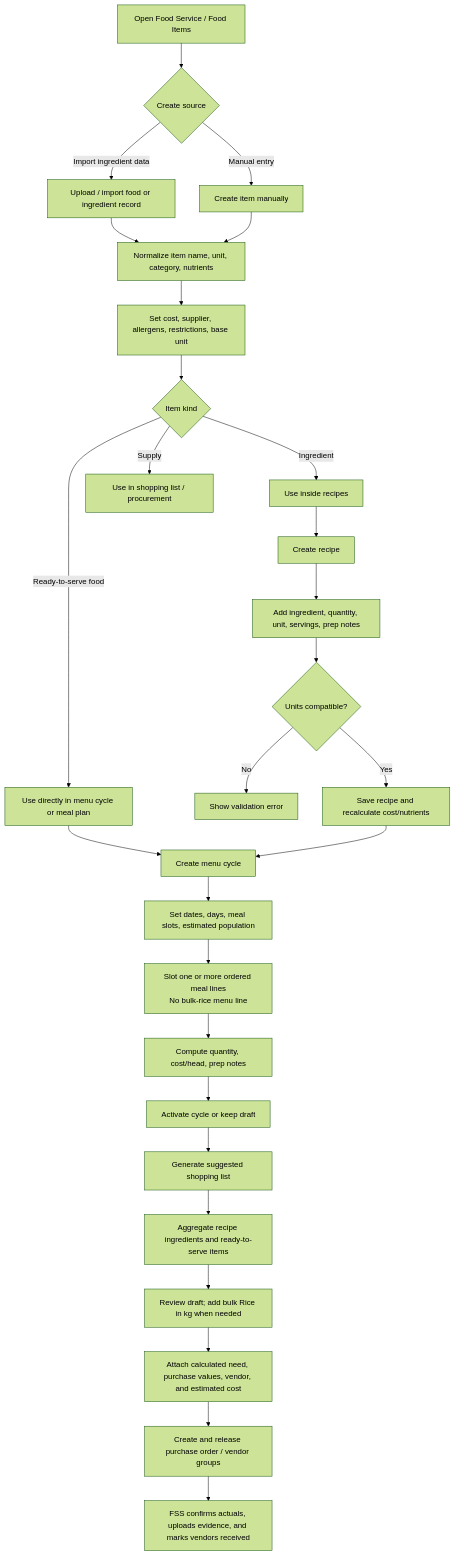
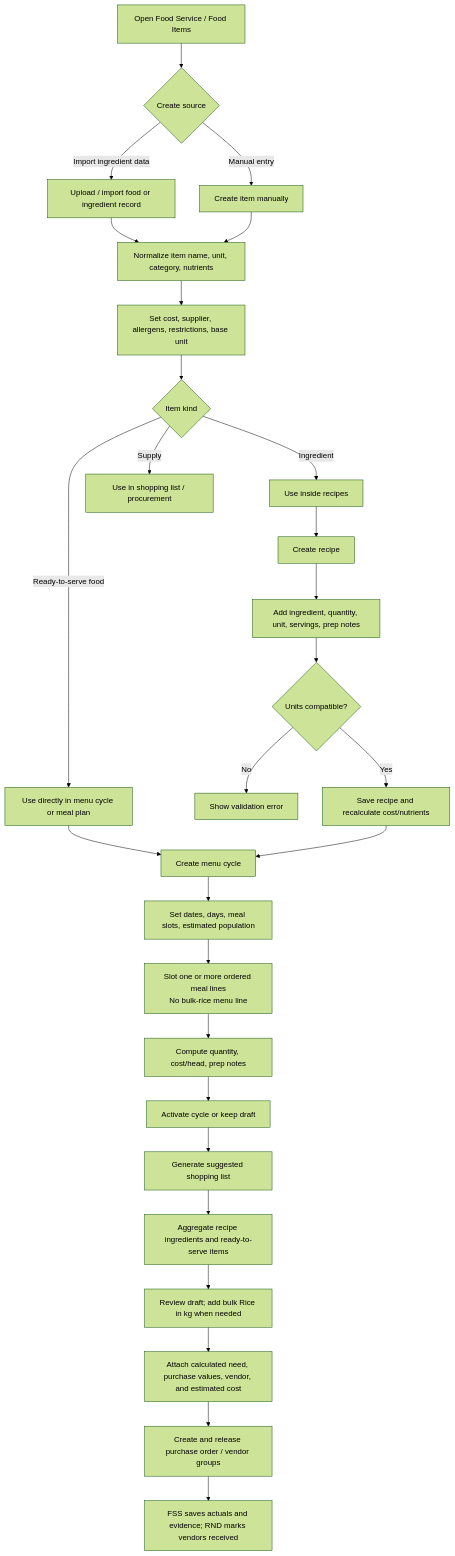
The first of 9 diagrams in docs/module-workflow-flowchart.md (ja2gc/Nutriscope), drawn with Mermaid (forest theme) before and after one commit. The commit also changed other lines of this file and 7 other files, not shown here.

````diff
--- a/docs/module-workflow-flowchart.md
+++ b/docs/module-workflow-flowchart.md
@@ -21,34 +21,34 @@
 ```mermaid
 flowchart TD
     A["Open Food Service / Food Items"] --> B{"Create source"}
     B -->|"Import ingredient data"| C["Upload / import food or ingredient record"]
     B -->|"Manual entry"| D["Create item manually"]
 
     C --> E["Normalize item name, unit, category, nutrients"]
     D --> E
     E --> F["Set cost, supplier, allergens, restrictions, base unit"]
     F --> G{"Item kind"}
     G -->|"Ingredient"| H["Use inside recipes"]
     G -->|"Ready-to-serve food"| I["Use directly in menu cycle or meal plan"]
     G -->|"Supply"| J["Use in shopping list / procurement"]
 
     H --> K["Create recipe"]
     K --> K1["Add ingredient, quantity, unit, servings, prep notes"]
     K1 --> K2{"Units compatible?"}
     K2 -->|"No"| K3["Show validation error"]
     K2 -->|"Yes"| K4["Save recipe and recalculate cost/nutrients"]
 
     I --> L["Create menu cycle"]
     K4 --> L
     L --> L1["Set dates, days, meal slots, estimated population"]
     L1 --> L2["Slot one or more ordered meal lines<br/>No bulk-rice menu line"]
     L2 --> L3["Compute quantity, cost/head, prep notes"]
     L3 --> L4["Activate cycle or keep draft"]
 
     L4 --> M["Generate suggested shopping list"]
     M --> N["Aggregate recipe ingredients and ready-to-serve items"]
     N --> N1["Review draft; add bulk Rice in kg when needed"]
     N1 --> O["Attach calculated need, purchase values, vendor, and estimated cost"]
     O --> P["Create and release purchase order / vendor groups"]
-    P --> Q["FSS confirms actuals, uploads evidence, and marks vendors received"]
+    P --> Q["FSS saves actuals and evidence; RND marks vendors received"]
 ```
````
